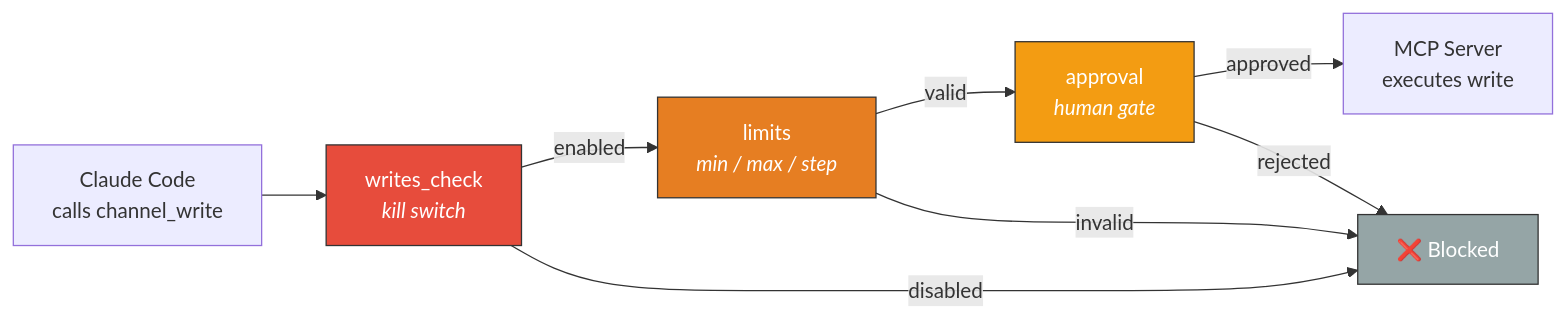
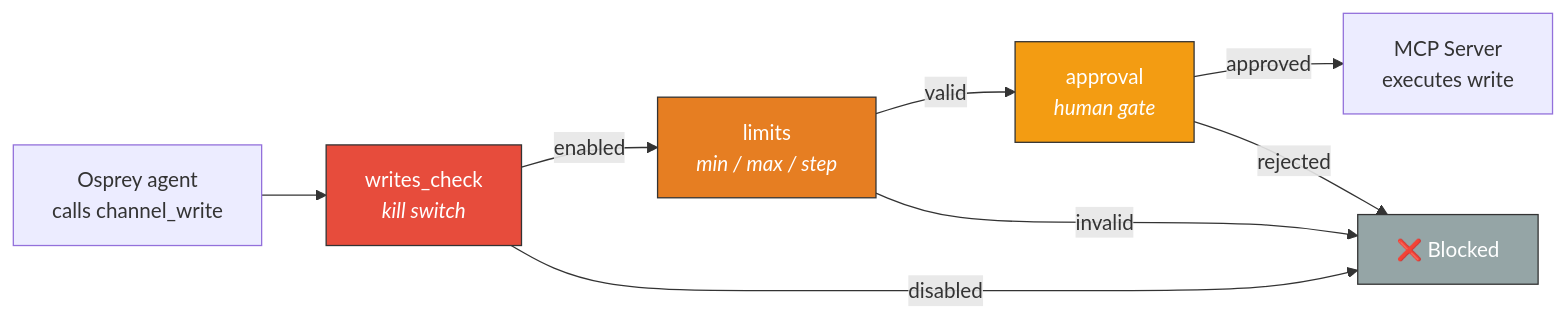
The second of 3 diagrams in _sources/architecture/index.rst (als-apg/osprey), drawn with Mermaid before and after one commit. The commit also changed other lines of this file and 117 other files, not shown here.

```diff
--- a/_sources/architecture/index.rst
+++ b/_sources/architecture/index.rst
@@ -31,15 +31,15 @@
 .. mermaid::
 
    flowchart LR
-       CC["Claude Code<br/>calls channel_write"] --> WC["writes_check<br/><i>kill switch</i>"]
+       CC["Osprey agent<br/>calls channel_write"] --> WC["writes_check<br/><i>kill switch</i>"]
        WC -->|enabled| LIM["limits<br/><i>min / max / step</i>"]
        LIM -->|valid| APR["approval<br/><i>human gate</i>"]
        APR -->|approved| MCP["MCP Server<br/>executes write"]
        WC -->|disabled| BLOCK["❌ Blocked"]
        LIM -->|invalid| BLOCK
        APR -->|rejected| BLOCK
 
        style WC fill:#e74c3c,stroke:#333,color:#fff
        style LIM fill:#e67e22,stroke:#333,color:#fff
        style APR fill:#f39c12,stroke:#333,color:#fff
        style BLOCK fill:#95a5a6,stroke:#333,color:#fff
```
